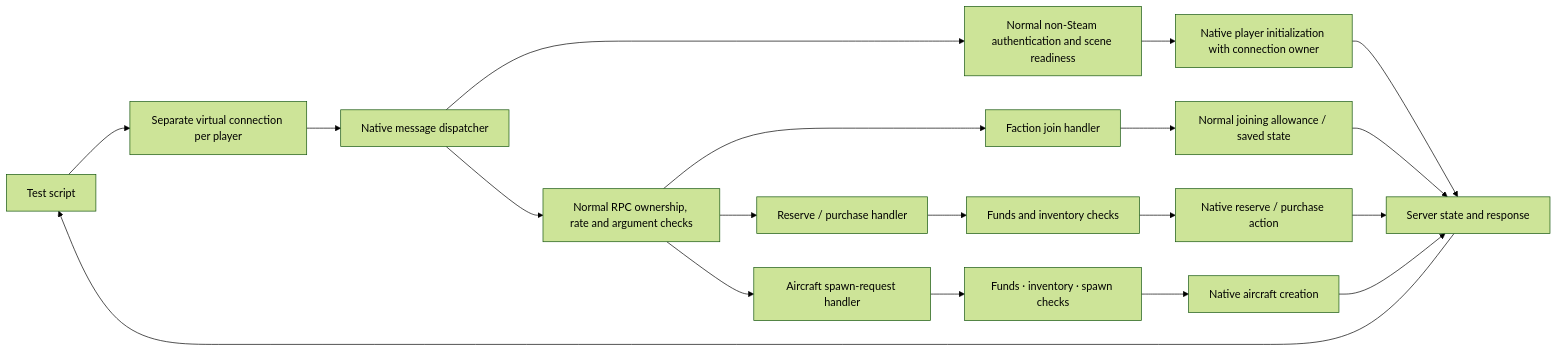
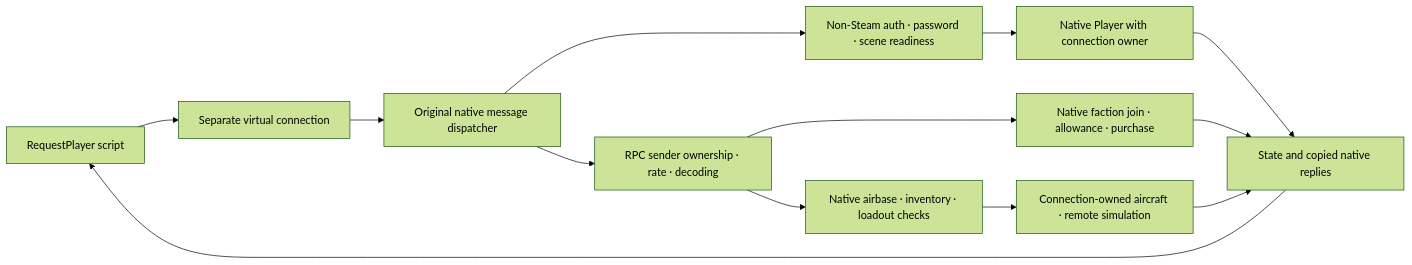
The diagram in docs/testing-modes.md (clankagent/notestpilot), drawn with Mermaid (forest theme) before and after one commit. The commit also changed other lines of this file and 17 other files, not shown here.

Commit message:
Add native player requests with economy, ownership and spawn checks

````diff
--- a/docs/testing-modes.md
+++ b/docs/testing-modes.md
@@ -44,21 +35,15 @@
 ```mermaid
 flowchart LR
-    Script["Test script"] --> Peer["Separate virtual connection per player"]
-    Peer --> Entry["Native message dispatcher"]
-    Entry --> Auth["Normal non-Steam authentication and scene readiness"]
-    Auth --> Player["Native player initialization with connection owner"]
-    Entry --> Dispatch["Normal RPC ownership, rate and argument checks"]
-    Dispatch --> Join["Faction join handler"]
-    Dispatch --> Purchase["Reserve / purchase handler"]
-    Dispatch --> Spawn["Aircraft spawn-request handler"]
-    Join --> Allowance["Normal joining allowance / saved state"]
-    Purchase --> Funds["Funds and inventory checks"]
-    Funds --> Reservation["Native reserve / purchase action"]
-    Spawn --> Rules["Funds · inventory · spawn checks"]
-    Rules --> Aircraft["Native aircraft creation"]
-    Player --> State["Server state and response"]
-    Allowance --> State
-    Reservation --> State
-    Aircraft --> State
-    State --> Script
+    Script["RequestPlayer script"] --> Peer["Separate virtual connection"]
+    Peer --> Dispatch["Original native message dispatcher"]
+    Dispatch --> Auth["Non-Steam auth · password · scene readiness"]
+    Auth --> Player["Native Player with connection owner"]
+    Dispatch --> Guards["RPC sender ownership · rate · decoding"]
+    Guards --> Economy["Native faction join · allowance · purchase"]
+    Guards --> Spawn["Native airbase · inventory · loadout checks"]
+    Spawn --> Aircraft["Connection-owned aircraft · remote simulation"]
+    Player --> Evidence["State and copied native replies"]
+    Economy --> Evidence
+    Aircraft --> Evidence
+    Evidence --> Script
 ```
````
